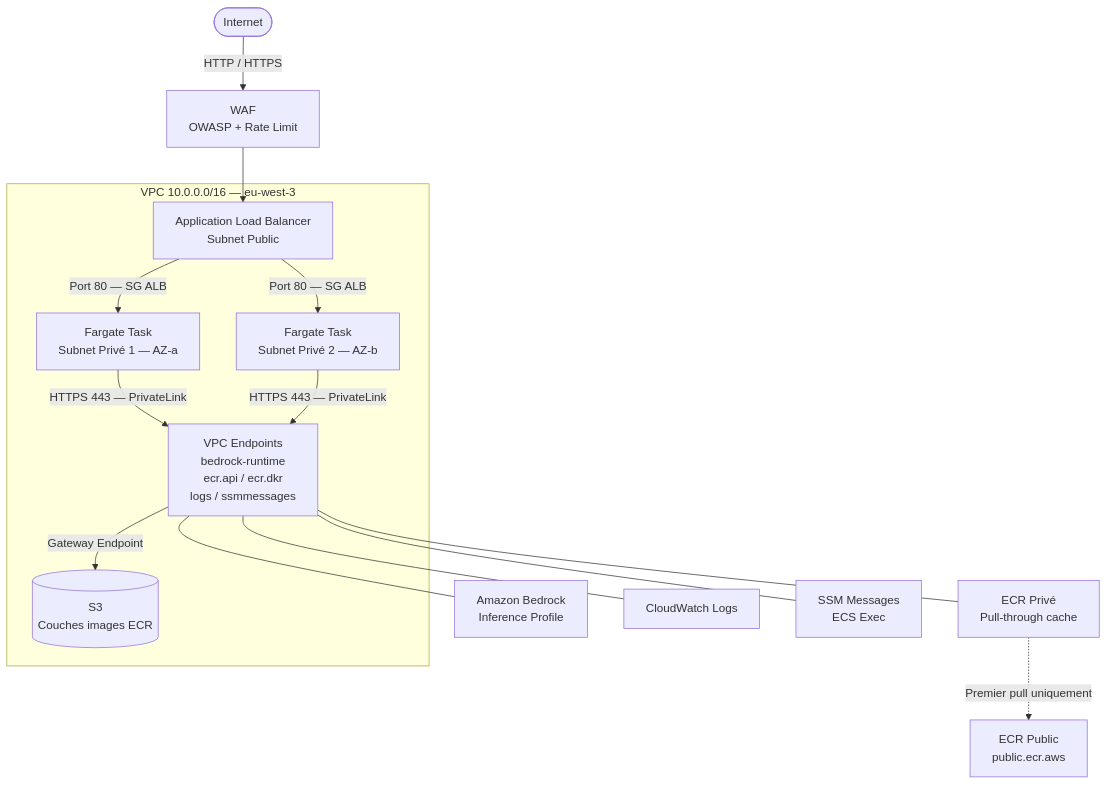
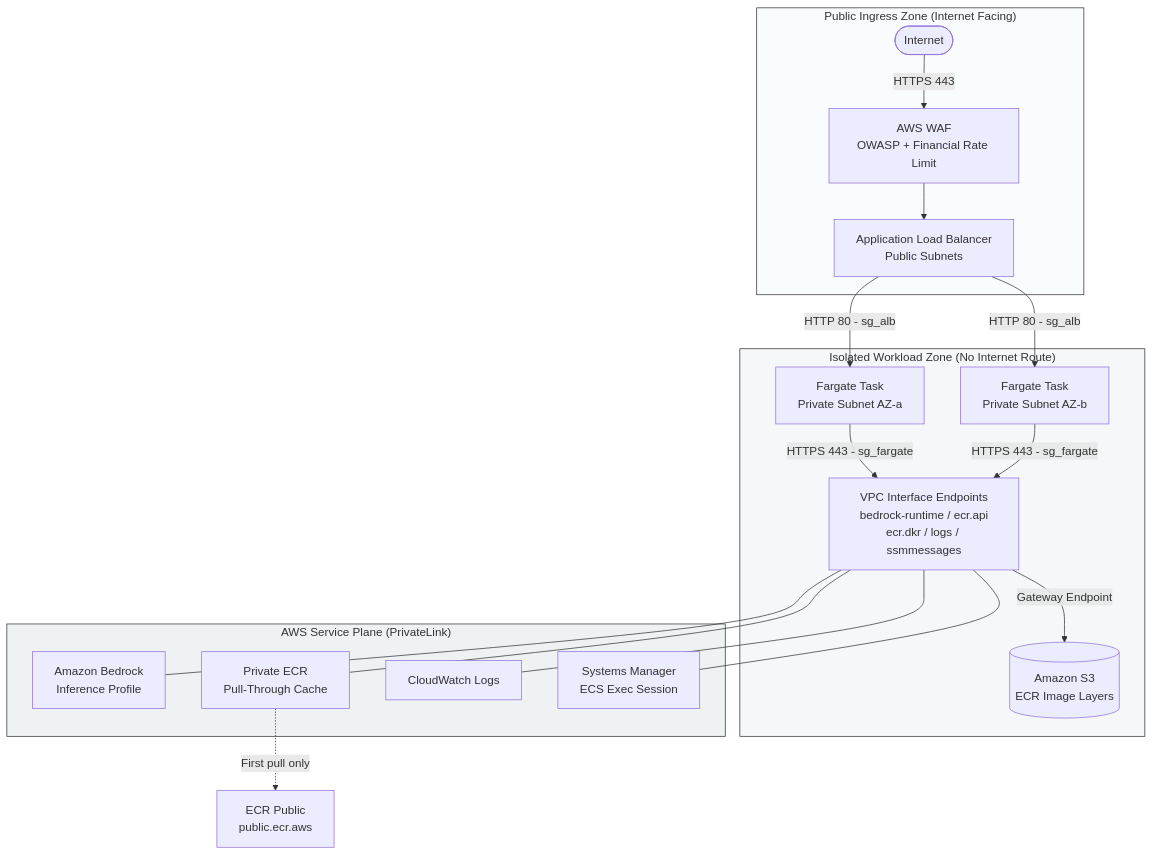
The diagram in README.md (mboumhawahaga-ship-it/aws-vpc-secure-infrastructure), drawn with Mermaid before and after one commit. The commit also changed other lines of this file, not shown here.

````diff
--- a/README.md
+++ b/README.md
@@ -24,22 +38,30 @@
 ```mermaid
 graph TD
-    Internet([Internet]) -->|HTTP / HTTPS| WAF[WAF\nOWASP + Rate Limit]
-    WAF --> ALB[Application Load Balancer\nSubnet Public]
-
-    subgraph VPC ["VPC 10.0.0.0/16 — eu-west-3"]
-        ALB -->|Port 80 — SG ALB| Fargate1[Fargate Task\nSubnet Privé 1 — AZ-a]
-        ALB -->|Port 80 — SG ALB| Fargate2[Fargate Task\nSubnet Privé 2 — AZ-b]
-
-        Fargate1 -->|HTTPS 443 — PrivateLink| EP[VPC Endpoints\nbedrock-runtime\necr.api / ecr.dkr\nlogs / ssmmessages]
-        Fargate2 -->|HTTPS 443 — PrivateLink| EP
-
-        EP -->|Gateway Endpoint| S3[(S3\nCouches images ECR)]
+    subgraph Public_Zone ["Public Ingress Zone (Internet Facing)"]
+        Internet([Internet]) -->|HTTPS 443| WAF[AWS WAF<br/>OWASP + Financial Rate Limit]
+        WAF --> ALB[Application Load Balancer<br/>Public Subnets]
     end
 
-    EP --- Bedrock[Amazon Bedrock\nInference Profile]
-    EP --- ECR[ECR Privé\nPull-through cache]
-    EP --- CW[CloudWatch Logs]
-    EP --- SSM[SSM Messages\nECS Exec]
+    subgraph Private_Zone ["Isolated Workload Zone (No Internet Route)"]
+        ALB -->|HTTP 80 - sg_alb| Fargate1[Fargate Task<br/>Private Subnet AZ-a]
+        ALB -->|HTTP 80 - sg_alb| Fargate2[Fargate Task<br/>Private Subnet AZ-b]
 
-    ECR -.->|Premier pull uniquement| ECRPublic[ECR Public\npublic.ecr.aws]
+        Fargate1 -->|HTTPS 443 - sg_fargate| VPCE[VPC Interface Endpoints<br/>bedrock-runtime / ecr.api<br/>ecr.dkr / logs / ssmmessages]
+        Fargate2 -->|HTTPS 443 - sg_fargate| VPCE
+
+        VPCE -->|Gateway Endpoint| S3[(Amazon S3<br/>ECR Image Layers)]
+    end
+
+    subgraph AWS_Backbone ["AWS Service Plane (PrivateLink)"]
+        VPCE --- Bedrock[Amazon Bedrock<br/>Inference Profile]
+        VPCE --- ECR[Private ECR<br/>Pull-Through Cache]
+        VPCE --- CW[CloudWatch Logs]
+        VPCE --- SSM[Systems Manager<br/>ECS Exec Session]
+    end
+
+    ECR -.->|First pull only| ECRPublic[ECR Public<br/>public.ecr.aws]
+
+    style Public_Zone fill:#f9fcfd,stroke:#333,stroke-width:1px
+    style Private_Zone fill:#f5f7f8,stroke:#333,stroke-width:1px
+    style AWS_Backbone fill:#eff2f3,stroke:#333,stroke-width:1px
 ```
````
